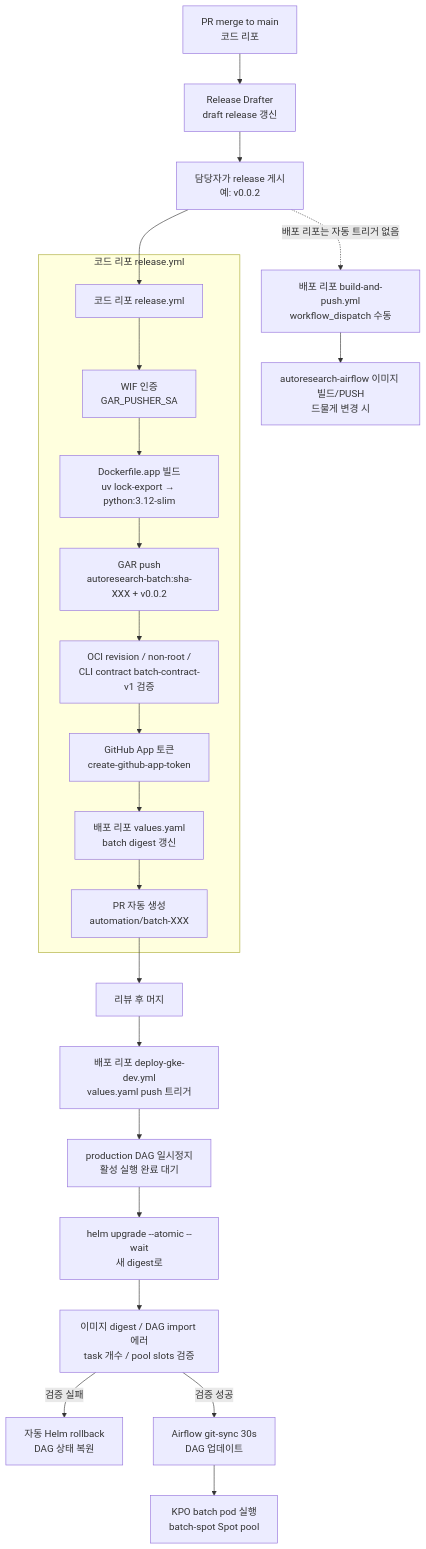
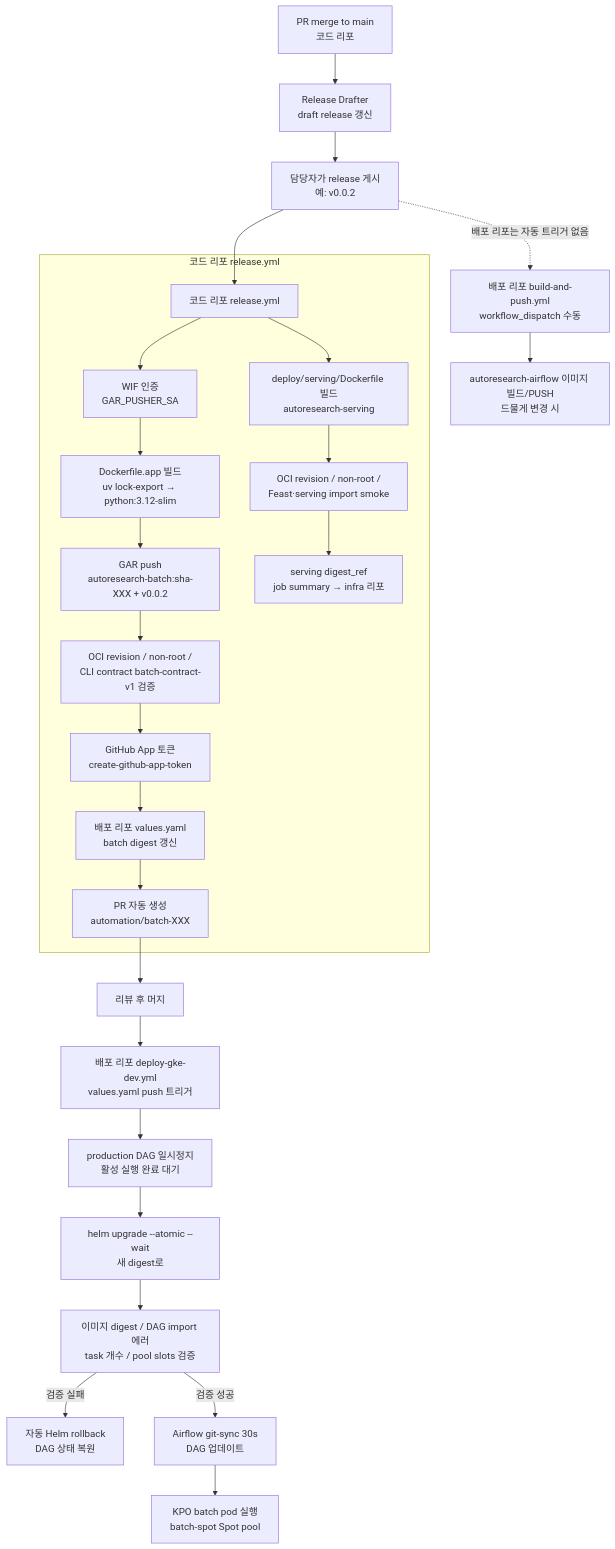
Before and after one commit to SKYAHO/Autoresearch: the diagram in docs/guides/release-pipeline.md, drawn with Mermaid. The commit also changed other lines of this file and 5 other files, not shown here.

````diff
--- a/docs/guides/release-pipeline.md
+++ b/docs/guides/release-pipeline.md
@@ -22,28 +23,31 @@
 ```mermaid
 flowchart TD
     PR[PR merge to main<br/>코드 리포] --> RD[Release Drafter<br/>draft release 갱신]
     RD --> PUB[담당자가 release 게시<br/>예: v0.0.2]
     PUB --> RY[코드 리포 release.yml]
 
     subgraph 코드 리포 release.yml
         RY --> WIF1[WIF 인증<br/>GAR_PUSHER_SA]
         WIF1 --> BUILD[Dockerfile.app 빌드<br/>uv lock-export → python:3.12-slim]
         BUILD --> PUSH1[GAR push<br/>autoresearch-batch:sha-XXX + v0.0.2]
         PUSH1 --> VERIFY[OCI revision / non-root /<br/>CLI contract batch-contract-v1 검증]
         VERIFY --> APP[GitHub App 토큰<br/>create-github-app-token]
         APP --> PROMO[배포 리포 values.yaml<br/>batch digest 갱신]
         PROMO --> PRAUTO[PR 자동 생성<br/>automation/batch-XXX]
+        RY --> SERVING[deploy/serving/Dockerfile 빌드<br/>autoresearch-serving]
+        SERVING --> SVERIFY[OCI revision / non-root /<br/>Feast·serving import smoke]
+        SVERIFY --> SSUMMARY[serving digest_ref<br/>job summary → infra 리포]
     end
 
     PRAUTO --> MERGE2[리뷰 후 머지]
     MERGE2 --> DEPLOY[배포 리포 deploy-gke-dev.yml<br/>values.yaml push 트리거]
     DEPLOY --> PAUSE[production DAG 일시정지<br/>활성 실행 완료 대기]
     PAUSE --> GKE[helm upgrade --atomic --wait<br/>새 digest로]
     GKE --> VERIFY2[이미지 digest / DAG import 에러<br/>task 개수 / pool slots 검증]
     VERIFY2 -->|검증 실패| ROLLBACK[자동 Helm rollback<br/>DAG 상태 복원]
     VERIFY2 -->|검증 성공| GITSYNC[Airflow git-sync 30s<br/>DAG 업데이트]
     GITSYNC --> KPO[KPO batch pod 실행<br/>batch-spot Spot pool]
 
     PUB -.->|배포 리포는 자동 트리거 없음| BAP[배포 리포 build-and-push.yml<br/>workflow_dispatch 수동]
     BAP --> AIRFLOW[autoresearch-airflow 이미지 빌드/PUSH<br/>드물게 변경 시]
 ```
````
